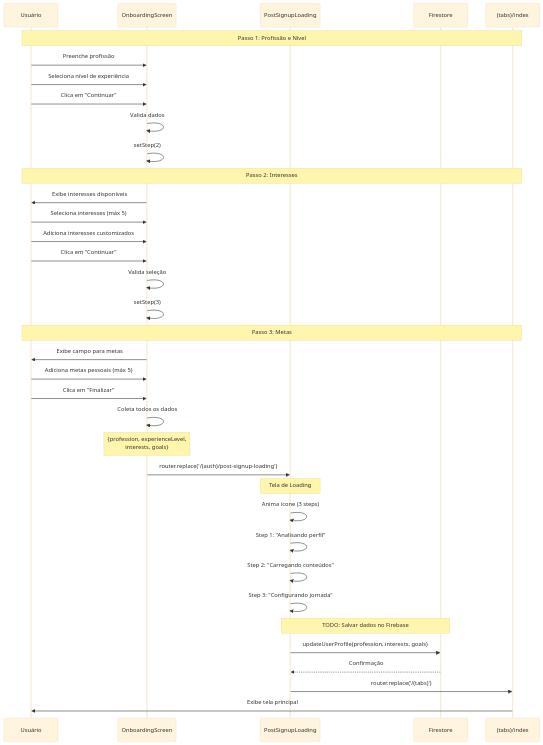
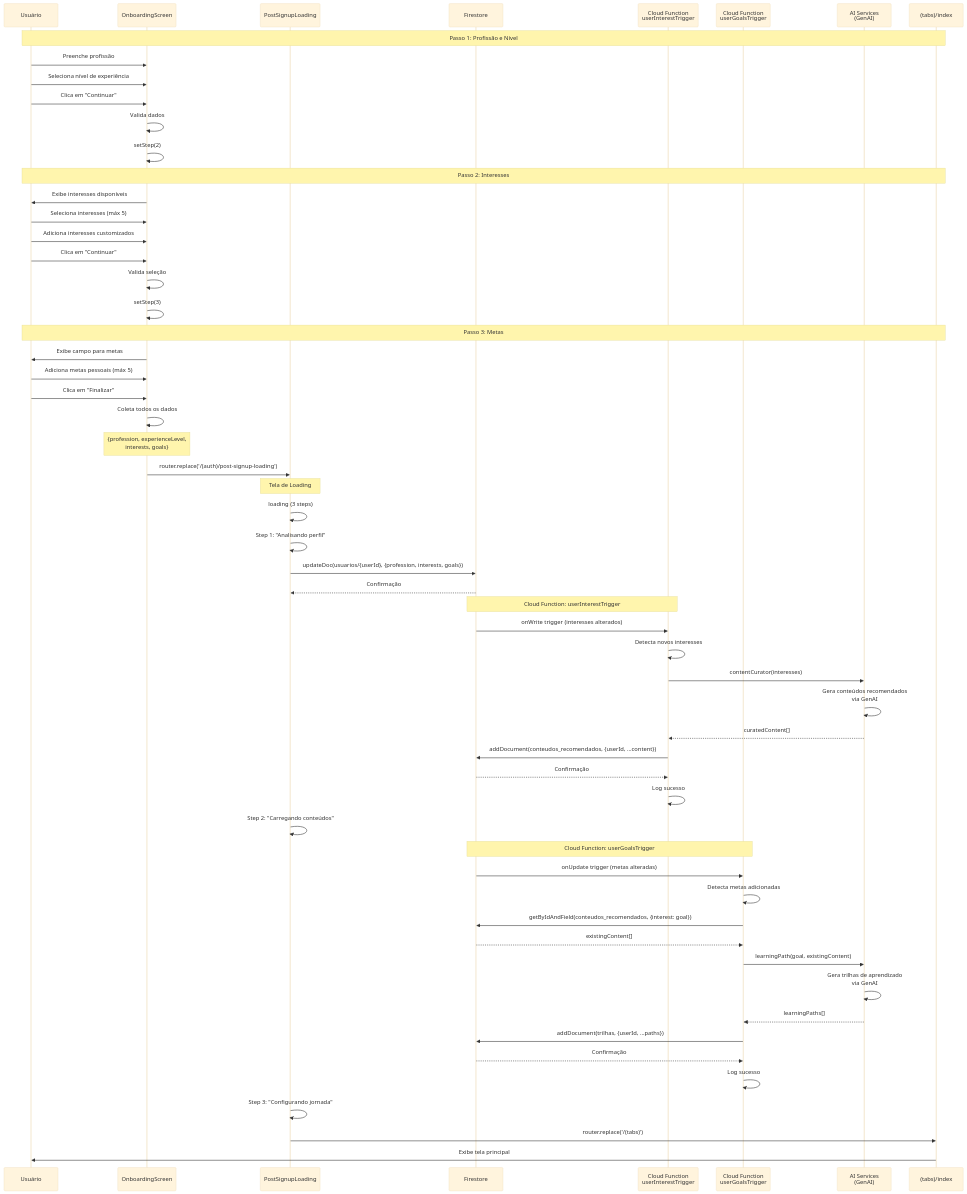
Before and after one commit to jjeanevenx/app--mobile-inflow: the third of 11 diagrams in docs/sequence-diagrams.md, drawn with Mermaid (base theme). The commit also changed other lines of this file and 36 other files, not shown here.

````diff
--- a/docs/sequence-diagrams.md
+++ b/docs/sequence-diagrams.md
@@ -96,44 +102,69 @@
 ```mermaid
 sequenceDiagram
     participant U as Usuário
     participant OB as OnboardingScreen
     participant PS as PostSignupLoading
     participant FS as Firestore
+    participant CF1 as Cloud Function<br/>userInterestTrigger
+    participant CF2 as Cloud Function<br/>userGoalsTrigger
+    participant AI as AI Services<br/>(GenAI)
     participant Tabs as (tabs)/index
 
     Note over U,Tabs: Passo 1: Profissão e Nível
     U->>OB: Preenche profissão
     U->>OB: Seleciona nível de experiência
     U->>OB: Clica em "Continuar"
     OB->>OB: Valida dados
     OB->>OB: setStep(2)
     
     Note over U,Tabs: Passo 2: Interesses
     OB->>U: Exibe interesses disponíveis
     U->>OB: Seleciona interesses (máx 5)
     U->>OB: Adiciona interesses customizados
     U->>OB: Clica em "Continuar"
     OB->>OB: Valida seleção
     OB->>OB: setStep(3)
     
     Note over U,Tabs: Passo 3: Metas
     OB->>U: Exibe campo para metas
     U->>OB: Adiciona metas pessoais (máx 5)
     U->>OB: Clica em "Finalizar"
     OB->>OB: Coleta todos os dados
     Note over OB: {profession, experienceLevel,<br/>interests, goals}
     OB->>PS: router.replace('/(auth)/post-signup-loading')
     
     Note over PS: Tela de Loading
-    PS->>PS: Anima ícone (3 steps)
+    PS->>PS: loading (3 steps)
     PS->>PS: Step 1: "Analisando perfil"
+    PS->>FS: updateDoc(usuarios/{userId}, {profession, interests, goals})
+    FS-->>PS: Confirmação
+    
+    Note over FS,CF1: Cloud Function: userInterestTrigger
+    FS->>CF1: onWrite trigger (interesses alterados)
+    CF1->>CF1: Detecta novos interesses
+    CF1->>AI: contentCurator(interesses)
+    AI->>AI: Gera conteúdos recomendados<br/>via GenAI
+    AI-->>CF1: curatedContent[]
+    CF1->>FS: addDocument(conteudos_recomendados, {userId, ...content})
+    FS-->>CF1: Confirmação
+    CF1->>CF1: Log sucesso
+    
     PS->>PS: Step 2: "Carregando conteúdos"
+    
+    Note over FS,CF2: Cloud Function: userGoalsTrigger
+    FS->>CF2: onUpdate trigger (metas alteradas)
+    CF2->>CF2: Detecta metas adicionadas
+    CF2->>FS: getByIdAndField(conteudos_recomendados, {interest: goal})
+    FS-->>CF2: existingContent[]
+    CF2->>AI: learningPath(goal, existingContent)
+    AI->>AI: Gera trilhas de aprendizado<br/>via GenAI
+    AI-->>CF2: learningPaths[]
+    CF2->>FS: addDocument(trilhas, {userId, ...paths})
+    FS-->>CF2: Confirmação
+    CF2->>CF2: Log sucesso
+    
     PS->>PS: Step 3: "Configurando jornada"
-    
-    Note over PS,FS: TODO: Salvar dados no Firebase
-    PS->>FS: updateUserProfile(profession, interests, goals)
-    FS-->>PS: Confirmação
     
     PS->>Tabs: router.replace('/(tabs)')
     Tabs->>U: Exibe tela principal
 ```
````
